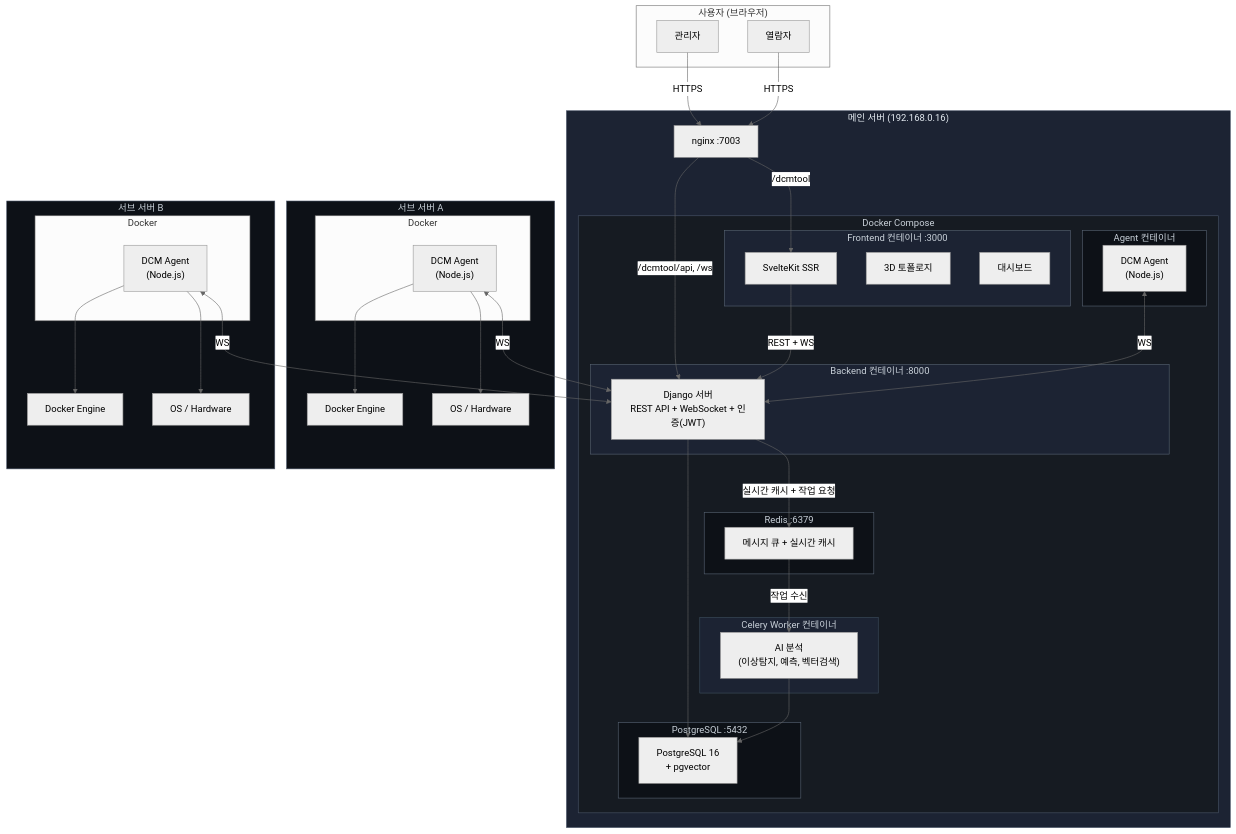
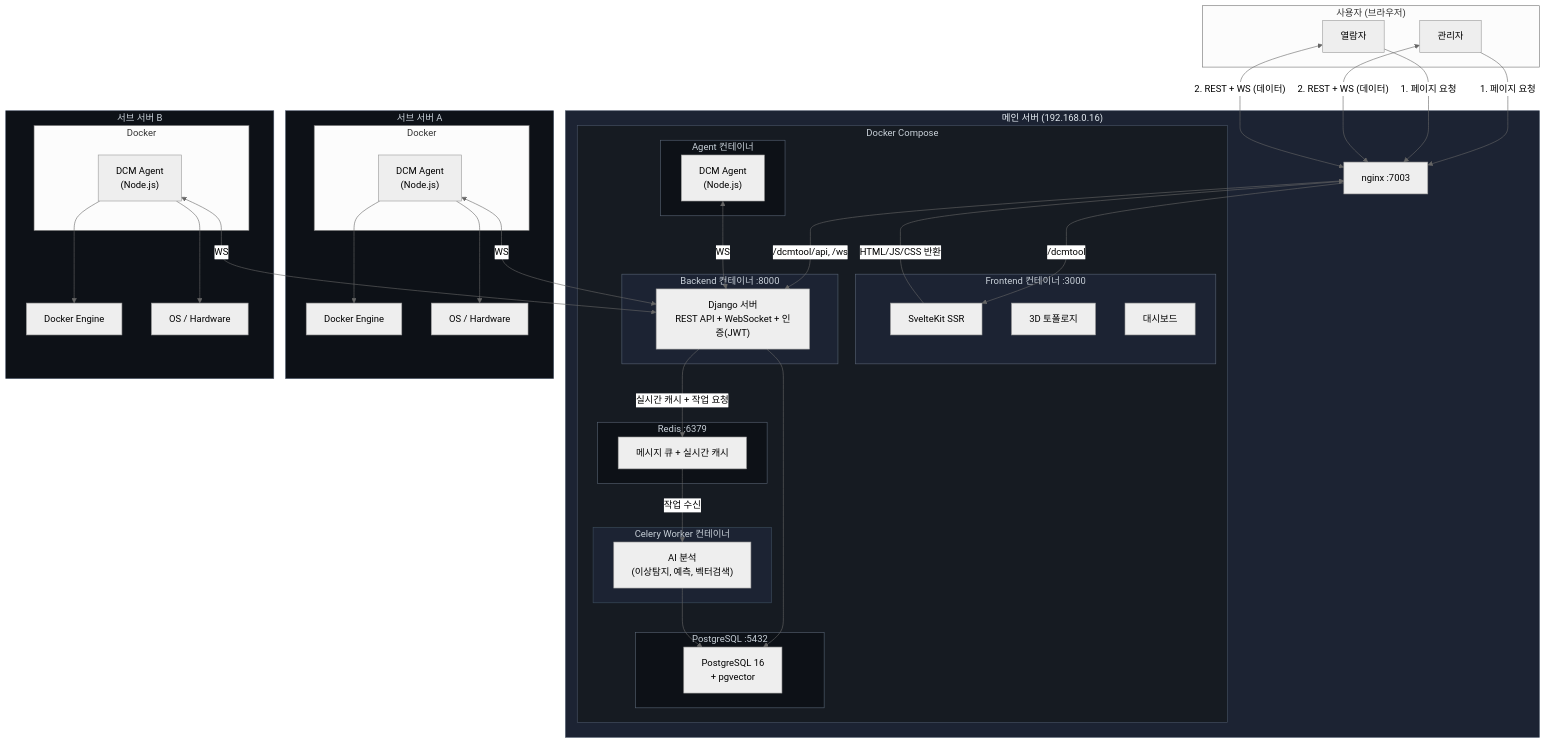
Before and after one commit to qkr7287/HyperCube: the first of 11 diagrams in docs/to-be-architecture.md, drawn with Mermaid (neutral theme).

Commit message:
docs: fix data flow - browser connects to Django directly, not Frontend
Frontend only serves HTML/JS/CSS. Browser's JavaScript makes
REST API calls and WebSocket connections to Django through nginx.

```diff
--- a/docs/to-be-architecture.md
+++ b/docs/to-be-architecture.md
@@ -71,11 +71,13 @@
         System2["OS / Hardware"]
     end
 
-    Admin & Viewer -->|HTTPS| Nginx
+    Admin & Viewer -->|"1. 페이지 요청"| Nginx
     Nginx -->|"/dcmtool"| SvelteKit
-    Nginx -->|"/dcmtool/api, /ws"| Django
+    SvelteKit -->|"HTML/JS/CSS 반환"| Nginx
 
-    SvelteKit -->|REST + WS| Django
+    Admin & Viewer <-->|"2. REST + WS (데이터)"| Nginx
+    Nginx <-->|"/dcmtool/api, /ws"| Django
+
     Django --> PgDB
     Django -->|실시간 캐시 + 작업 요청| RedisS
     RedisS -->|작업 수신| CeleryW
```
